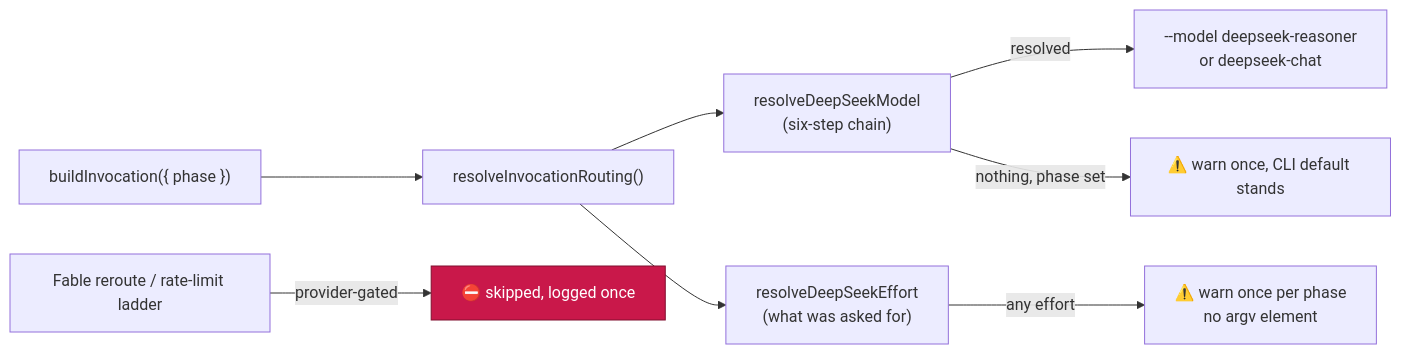
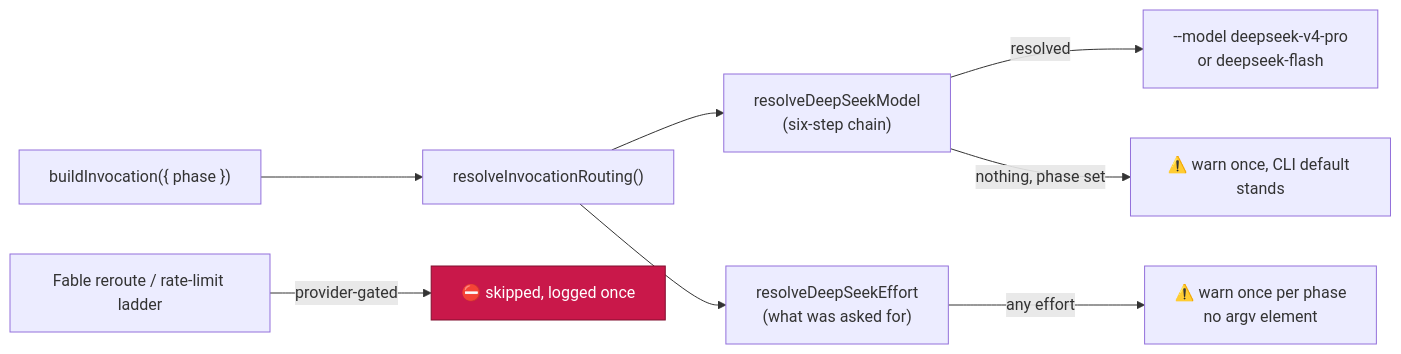
The third of 13 diagrams in docs/MODEL-AND-CACHING.md (stSoftwareAU/VibeCoder), drawn with Mermaid before and after one commit. The commit also changed other lines of this file and 14 other files, not shown here.

````diff
--- a/docs/MODEL-AND-CACHING.md
+++ b/docs/MODEL-AND-CACHING.md
@@ -657,11 +657,11 @@
 ```mermaid
 flowchart LR
     R["buildInvocation({ phase })"] --> S["resolveInvocationRouting()"]
     S --> M["resolveDeepSeekModel<br/>(six-step chain)"]
     S --> E["resolveDeepSeekEffort<br/>(what was asked for)"]
-    M -->|resolved| A["--model deepseek-reasoner<br/>or deepseek-chat"]
+    M -->|resolved| A["--model deepseek-v4-pro<br/>or deepseek-flash"]
     M -->|nothing, phase set| W["⚠️ warn once, CLI default stands"]
     E -->|any effort| V["⚠️ warn once per phase<br/>no argv element"]
     F["Fable reroute / rate-limit ladder"] -->|provider-gated| G["⛔ skipped, logged once"]
     style G fill:#c9184a,stroke:#800f2f,color:#fff
 ```
````
